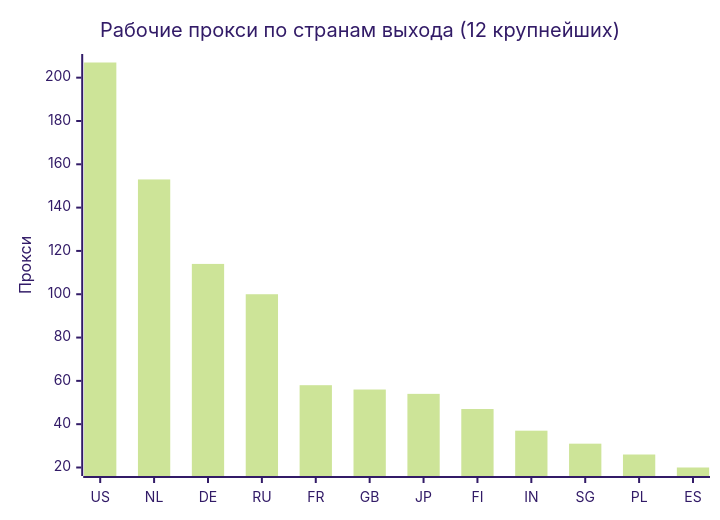
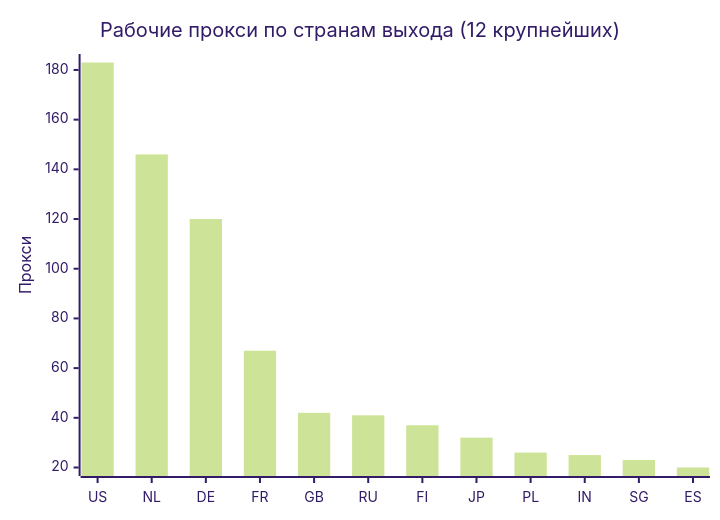
Before and after one commit to rvvg/proxy-subs: the second of 4 diagrams in README.md, drawn with Mermaid (forest theme). The commit also changed other lines of this file and 52 other files, not shown here.

````diff
--- a/README.md
+++ b/README.md
@@ -134,7 +130,7 @@
 ```mermaid
 xychart-beta
     title "Рабочие прокси по странам выхода (12 крупнейших)"
-    x-axis ["US", "NL", "DE", "RU", "FR", "GB", "JP", "FI", "IN", "SG", "PL", "ES"]
+    x-axis ["US", "NL", "DE", "FR", "GB", "RU", "FI", "JP", "PL", "IN", "SG", "ES"]
     y-axis "Прокси"
-    bar [207, 153, 114, 100, 58, 56, 54, 47, 37, 31, 26, 20]
+    bar [183, 146, 120, 67, 42, 41, 37, 32, 26, 25, 23, 20]
 ```
````
